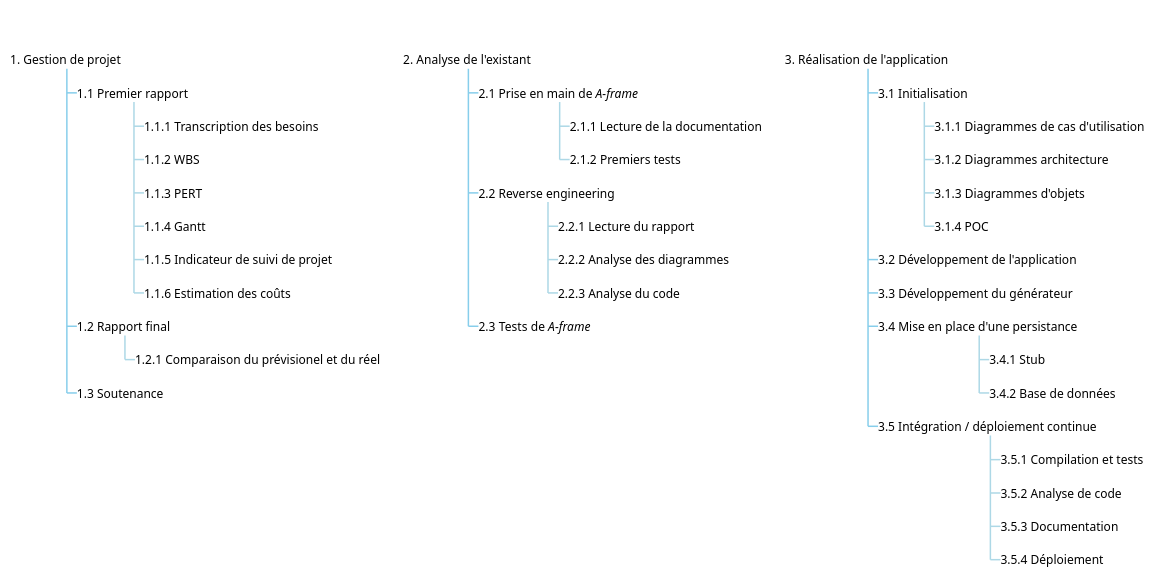
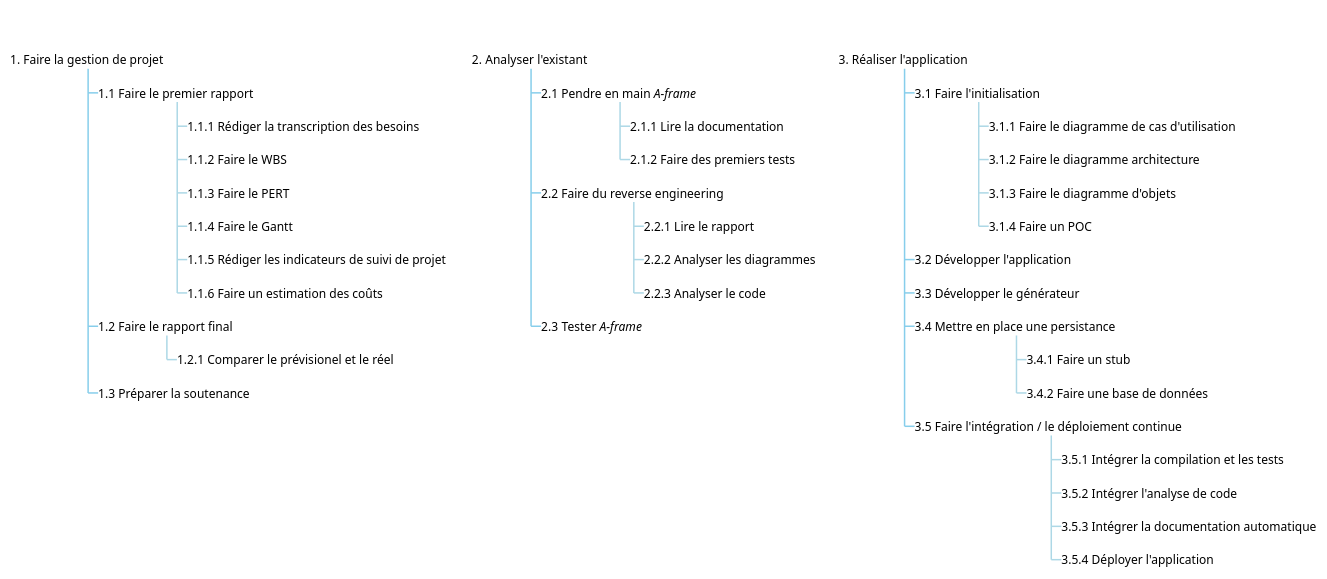
The diagram in Diagrams/Management/wbs.md (axdelafuen/archivr), drawn with PlantUML before and after one commit.

````diff
--- a/Diagrams/Management/wbs.md
+++ b/Diagrams/Management/wbs.md
@@ -1,62 +1,63 @@
 ```plantuml
+
 @startwbs
 
 <style>
 wbsDiagram {
   arrow {
     LineColor SkyBlue
   }
   :depth(0) {
       LineColor transparent
       FontColor transparent
   }
   arrow {
     :depth(2) {
       LineColor lightblue
     }
   } 
 }
 </style>
 *_ wbs
-**_ 1. Gestion de projet
-***_ 1.1 Premier rapport
-****_ 1.1.1 Transcription des besoins
-****_ 1.1.2 WBS
-****_ 1.1.3 PERT
-****_ 1.1.4 Gantt
-****_ 1.1.5 Indicateur de suivi de projet 
-****_ 1.1.6 Estimation des coûts
-***_ 1.2 Rapport final
-****_ 1.2.1 Comparaison du prévisionel et du réel
-***_ 1.3 Soutenance
+**_ 1. Faire la gestion de projet
+***_ 1.1 Faire le premier rapport
+****_ 1.1.1 Rédiger la transcription des besoins
+****_ 1.1.2 Faire le WBS
+****_ 1.1.3 Faire le PERT
+****_ 1.1.4 Faire le Gantt
+****_ 1.1.5 Rédiger les indicateurs de suivi de projet 
+****_ 1.1.6 Faire un estimation des coûts
+***_ 1.2 Faire le rapport final
+****_ 1.2.1 Comparer le prévisionel et le réel
+***_ 1.3 Préparer la soutenance
 
-**_ 2. Analyse de l'existant
-***_ 2.1 Prise en main de //A-frame//
-****_ 2.1.1 Lecture de la documentation
-****_ 2.1.2 Premiers tests
-***_ 2.2 Reverse engineering
-****_ 2.2.1 Lecture du rapport
-****_ 2.2.2 Analyse des diagrammes
-****_ 2.2.3 Analyse du code
-***_ 2.3 Tests de //A-frame//
+**_ 2. Analyser l'existant
+***_ 2.1 Pendre en main //A-frame//
+****_ 2.1.1 Lire la documentation
+****_ 2.1.2 Faire des premiers tests
+***_ 2.2 Faire du reverse engineering
+****_ 2.2.1 Lire le rapport
+****_ 2.2.2 Analyser les diagrammes
+****_ 2.2.3 Analyser le code
+***_ 2.3 Tester //A-frame//
 
-**_ 3. Réalisation de l'application
-***_ 3.1 Initialisation
-****_ 3.1.1 Diagrammes de cas d'utilisation
-****_ 3.1.2 Diagrammes architecture
-****_ 3.1.3 Diagrammes d'objets
-****_ 3.1.4 POC
-***_ 3.2 Développement de l'application
-***_ 3.3 Développement du générateur
-***_ 3.4 Mise en place d'une persistance
-****_ 3.4.1 Stub
-****_ 3.4.2 Base de données
-***_ 3.5 Intégration / déploiement continue 
-****_ 3.5.1 Compilation et tests
-****_ 3.5.2 Analyse de code
-****_ 3.5.3 Documentation
-****_ 3.5.4 Déploiement
+**_ 3. Réaliser l'application
+***_ 3.1 Faire l'initialisation
+****_ 3.1.1 Faire le diagramme de cas d'utilisation
+****_ 3.1.2 Faire le diagramme architecture
+****_ 3.1.3 Faire le diagramme d'objets
+****_ 3.1.4 Faire un POC
+***_ 3.2 Développer l'application
+***_ 3.3 Développer le générateur
+***_ 3.4 Mettre en place une persistance
+****_ 3.4.1 Faire un stub
+****_ 3.4.2 Faire une base de données
+***_ 3.5 Faire l'intégration / le déploiement continue 
+****_ 3.5.1 Intégrer la compilation et les tests
+****_ 3.5.2 Intégrer l'analyse de code
+****_ 3.5.3 Intégrer la documentation automatique
+****_ 3.5.4 Déployer l'application 
 
 @endwbs
 
 ```
````
